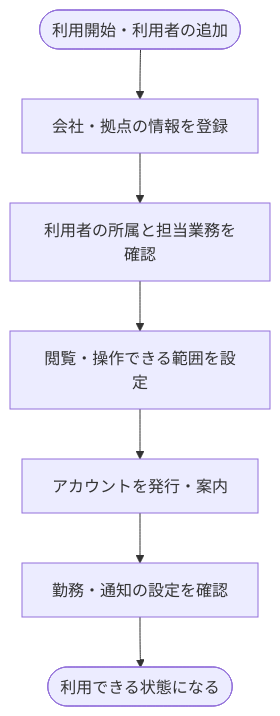
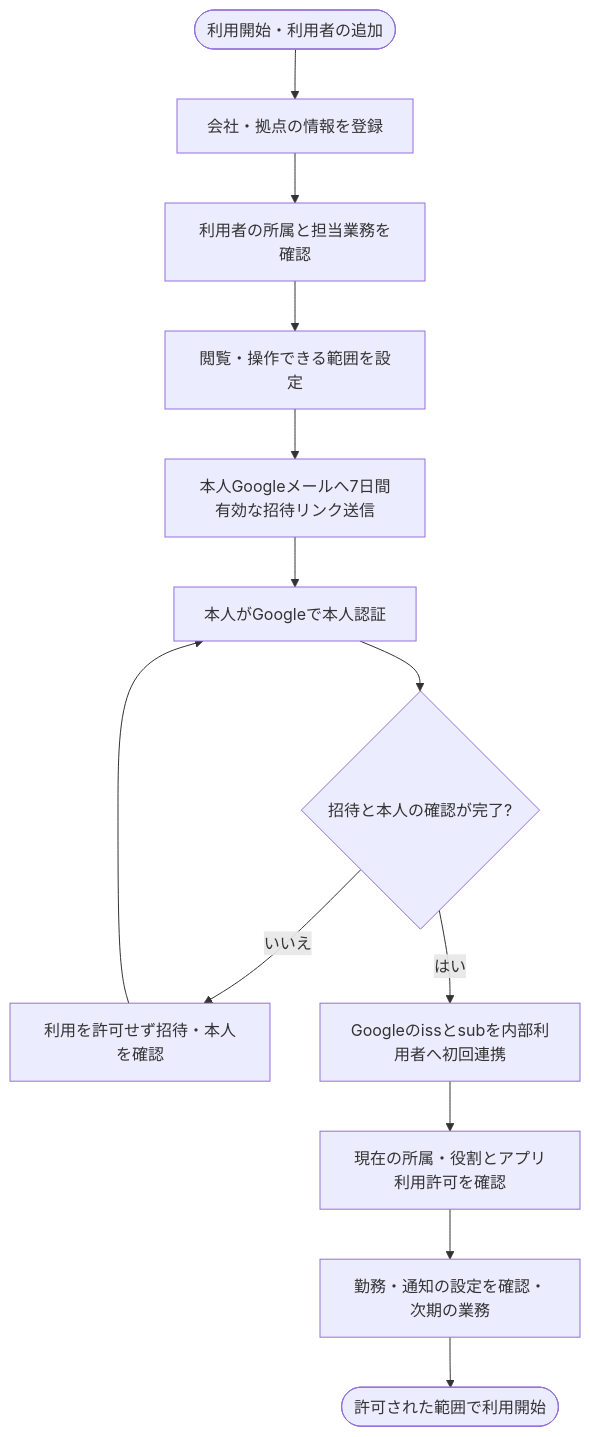
The first of 10 diagrams in docs/workflows/admin-workflows.md (TYoichiro/keibi-system), drawn with Mermaid before and after one commit. The commit also changed other lines of this file and 63 other files, not shown here.

````diff
--- a/docs/workflows/admin-workflows.md
+++ b/docs/workflows/admin-workflows.md
@@ -45,9 +55,15 @@
 ```mermaid
 flowchart TD
     A([利用開始・利用者の追加]) --> B[会社・拠点の情報を登録]
     B --> C[利用者の所属と担当業務を確認]
     C --> D[閲覧・操作できる範囲を設定]
-    D --> E[アカウントを発行・案内]
-    E --> F[勤務・通知の設定を確認]
-    F --> G([利用できる状態になる])
+    D --> E[本人Googleメールへ7日間有効な招待リンク送信]
+    E --> F[本人がGoogleで本人認証]
+    F --> H{招待と本人の確認が完了?}
+    H -- いいえ --> I[利用を許可せず招待・本人を確認]
+    I --> F
+    H -- はい --> J[Googleのissとsubを内部利用者へ初回連携]
+    J --> K[現在の所属・役割とアプリ利用許可を確認]
+    K --> L[勤務・通知の設定を確認・次期の業務]
+    L --> G([許可された範囲で利用開始])
 ```
````
